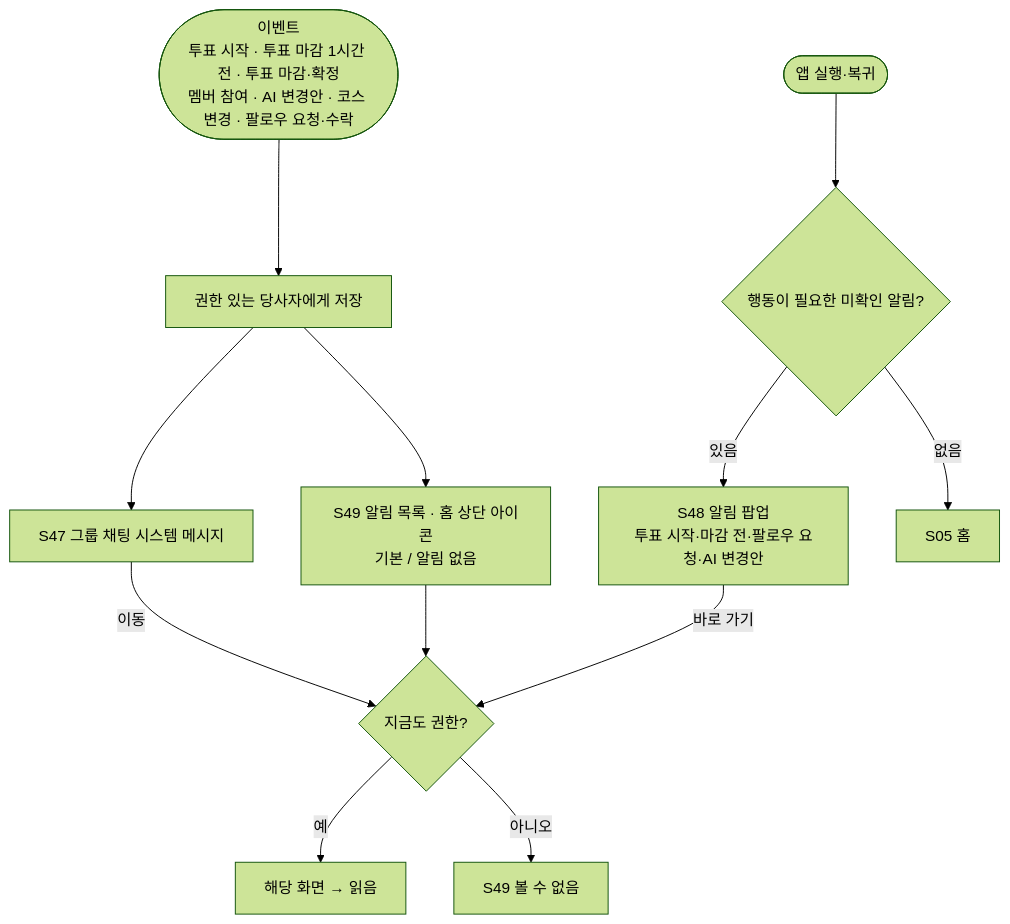
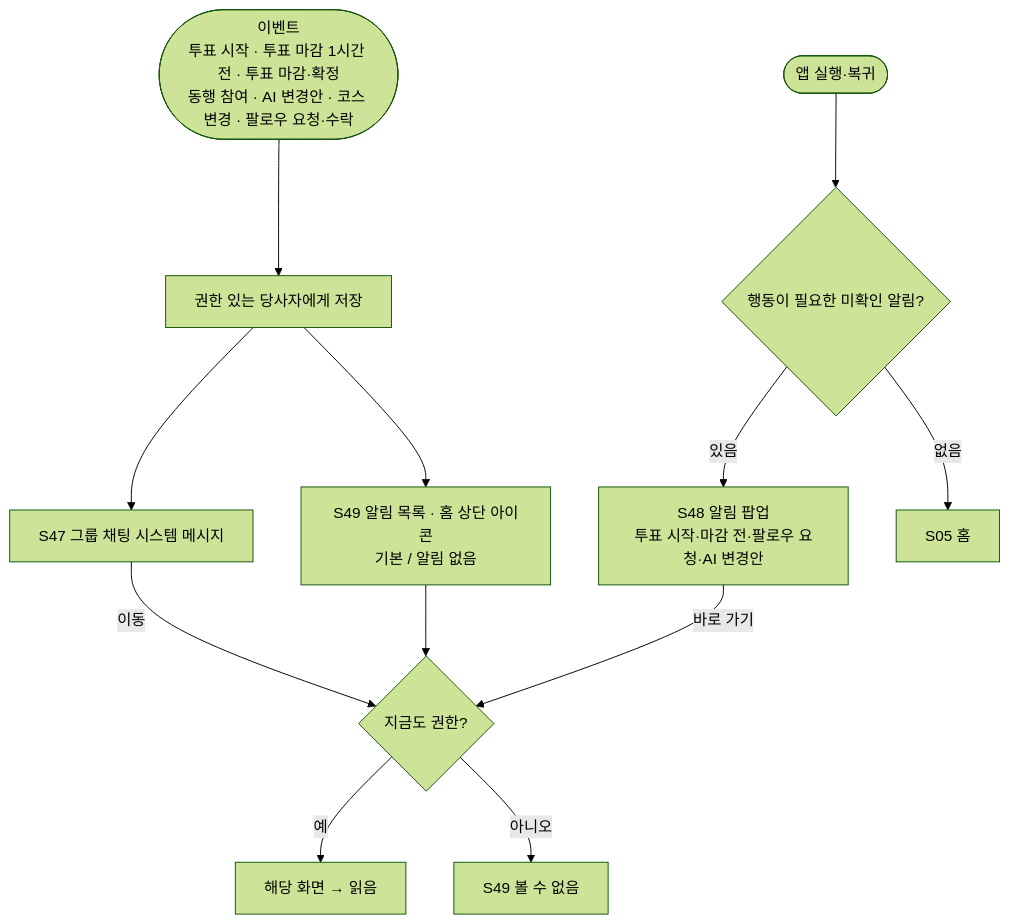
Before and after one commit to a204-eodilog/eodilog: diagram 23 of 24 in docs/flow/user-flow.md, drawn with Mermaid (forest theme). The commit also changed other lines of this file and 1 other file, not shown here.

````diff
--- a/docs/flow/user-flow.md
+++ b/docs/flow/user-flow.md
@@ -516,14 +529,14 @@
 ```mermaid
 flowchart TD
-    EV(["이벤트<br/>투표 시작 · 투표 마감 1시간 전 · 투표 마감·확정<br/>멤버 참여 · AI 변경안 · 코스 변경 · 팔로우 요청·수락"]) --> SV["권한 있는 당사자에게 저장"]
+    EV(["이벤트<br/>투표 시작 · 투표 마감 1시간 전 · 투표 마감·확정<br/>동행 참여 · AI 변경안 · 코스 변경 · 팔로우 요청·수락"]) --> SV["권한 있는 당사자에게 저장"]
     SV --> SYS["S47 그룹 채팅 시스템 메시지"]
     SV --> S49["S49 알림 목록 · 홈 상단 아이콘<br/>기본 / 알림 없음"]
     APP(["앱 실행·복귀"]) --> UN{"행동이 필요한 미확인 알림?"}
     UN -- "있음" --> S48["S48 알림 팝업<br/>투표 시작·마감 전·팔로우 요청·AI 변경안"]
     UN -- "없음" --> HOME["S05 홈"]
     S48 -- "바로 가기" --> AC{"지금도 권한?"}
     S49 --> AC
     SYS -- "이동" --> AC
     AC -- "예" --> TG["해당 화면 → 읽음"]
     AC -- "아니오" --> GONE["S49 볼 수 없음"]
 ```
````
